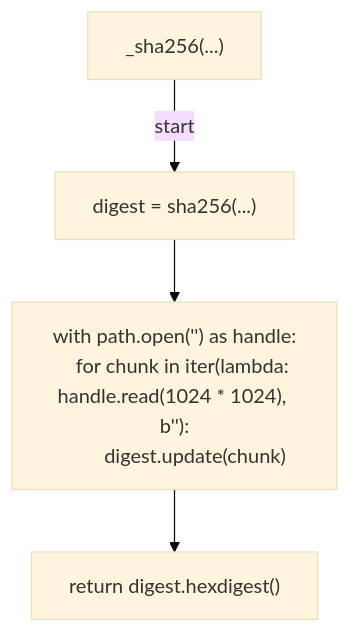
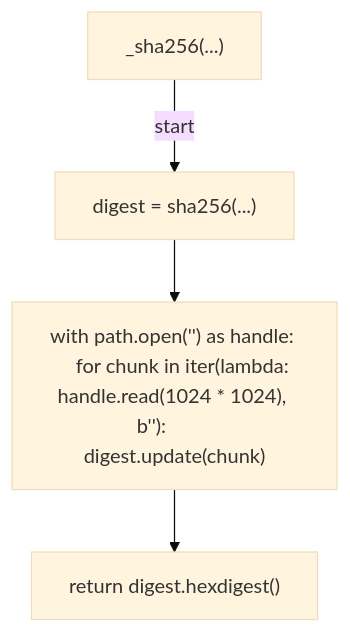
The fourth of 13 diagrams in docs/generated/scripts/ast/verify_apm_checksums.md (tvna/claude-md), drawn with Mermaid (base theme) before and after one commit. The commit also changed other lines of this file and 15 other files, not shown here.

First line of the commit message:
docs(generated): regenerate decision tree and workflow diagrams (batch 5/5)

````diff
--- a/docs/generated/scripts/ast/verify_apm_checksums.md
+++ b/docs/generated/scripts/ast/verify_apm_checksums.md
@@ -50,12 +44,10 @@
 ```mermaid
 flowchart TD
     N001["_sha256(...)"]
     N002["digest = sha256(...)"]
-    N003["with path.open('<str>') as handle:
-    for chunk in iter(lambda: handle.read(1024 * 1024), b''):
-        digest.update(chunk)"]
+    N003["with path.open('<str>') as handle:     for chunk in iter(lambda: handle.read(1024 * 1024), b''):         digest.update(chunk)"]
     N004["return digest.hexdigest()"]
     N001 -->|"start"| N002
     N002 --> N003
     N003 --> N004
 ```
````
